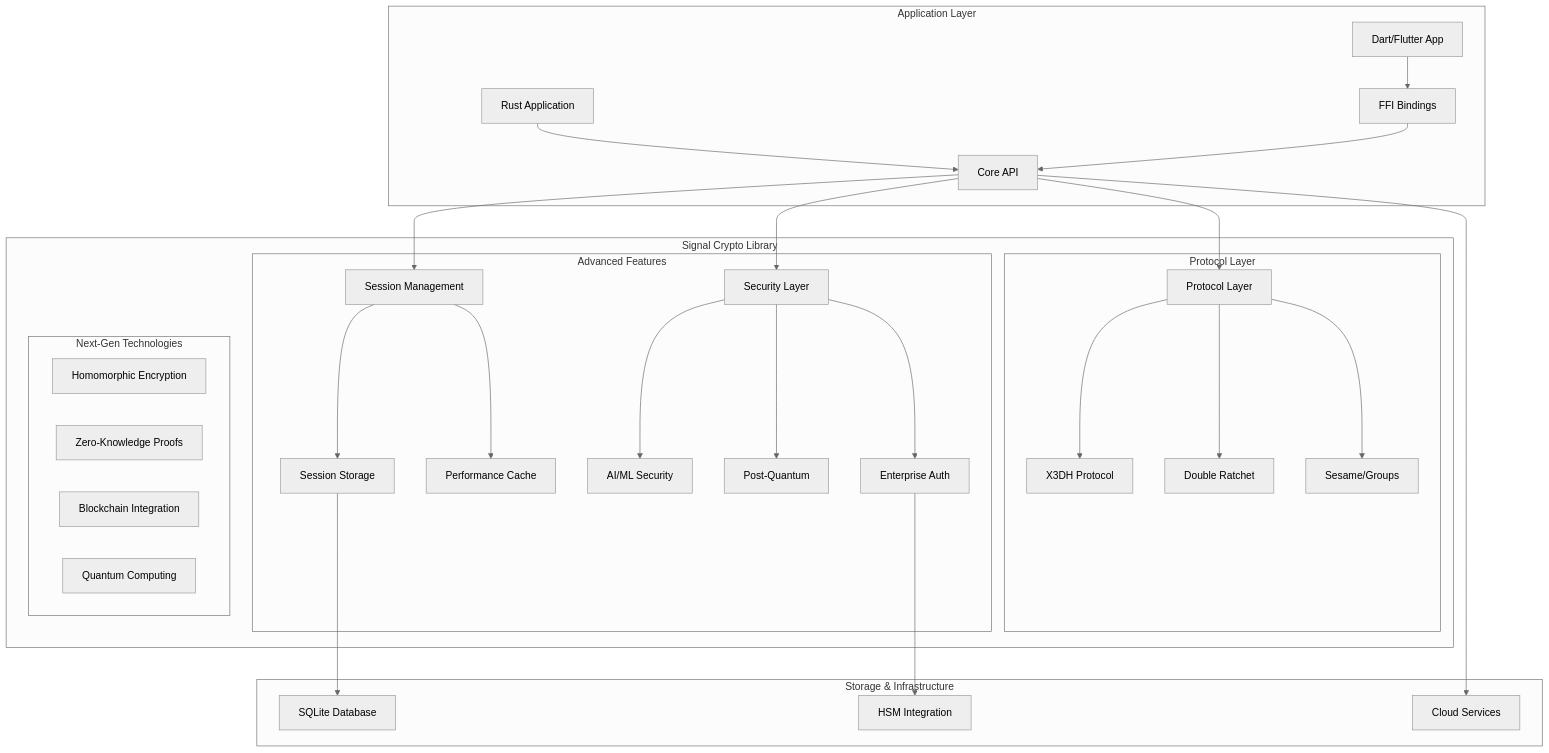
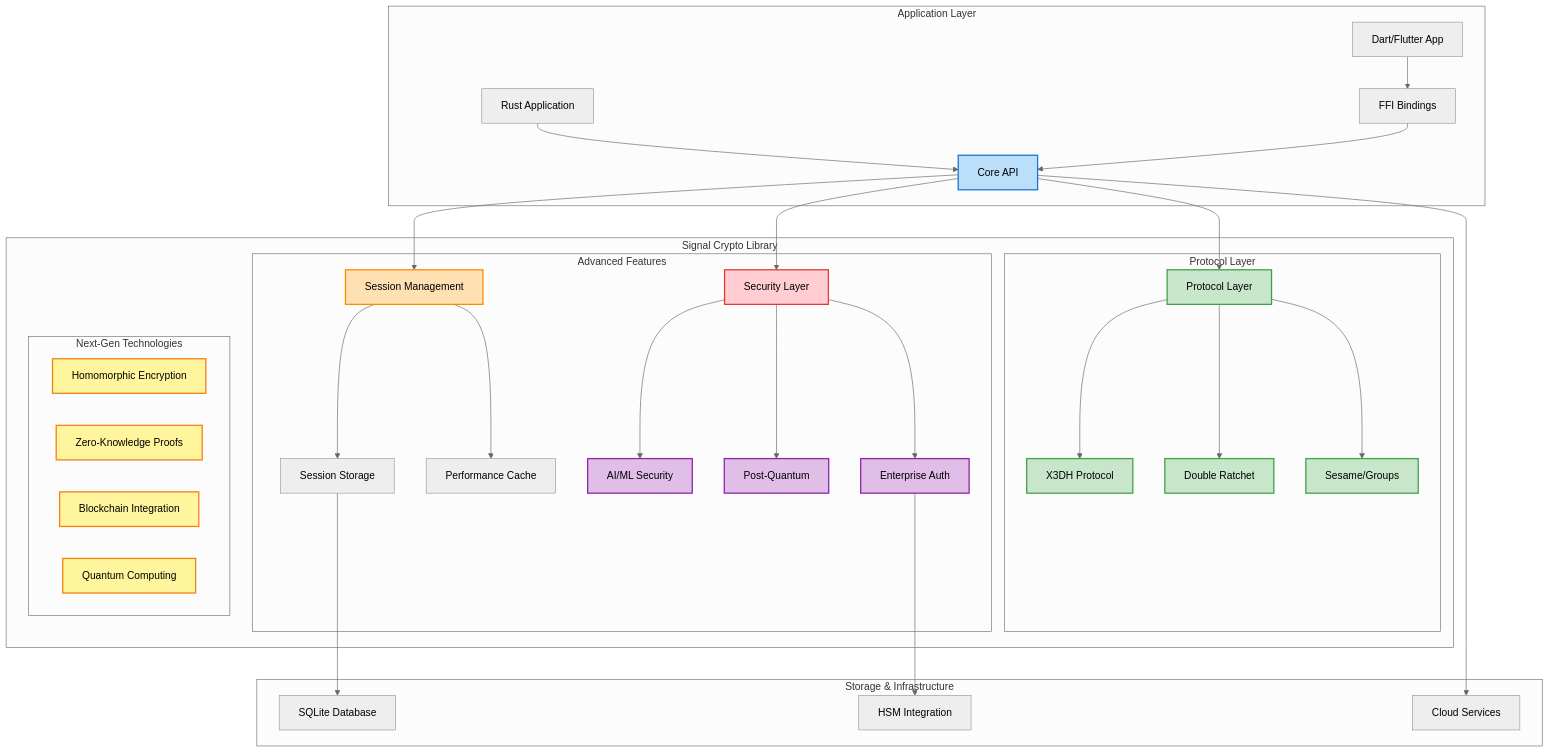
One commit to prabhatg/signal_crypto_lib changed the first of 3 diagrams in docs/developer_guide.md. Above: the diagram before and after it, drawn with Mermaid (neutral theme). The commit also changed other lines of this file and 1 other file, not shown here.

Commit message:
Documentation diagram updates

````diff
--- a/docs/developer_guide.md
+++ b/docs/developer_guide.md
@@ -46,45 +46,60 @@
 ```mermaid
 graph TB
     subgraph "Application Layer"
         A[Dart/Flutter App] --> B[FFI Bindings]
         C[Rust Application] --> D[Core API]
     end
     
     subgraph "Signal Crypto Library"
         B --> D
         D --> E[Protocol Layer]
         D --> F[Session Management]
         D --> G[Security Layer]
         
         subgraph "Protocol Layer"
             E --> H[X3DH Protocol]
             E --> I[Double Ratchet]
             E --> J[Sesame/Groups]
         end
         
         subgraph "Advanced Features"
             F --> K[Session Storage]
             F --> L[Performance Cache]
             G --> M[AI/ML Security]
             G --> N[Post-Quantum]
             G --> O[Enterprise Auth]
         end
         
         subgraph "Next-Gen Technologies"
             P[Homomorphic Encryption]
             Q[Zero-Knowledge Proofs]
             R[Blockchain Integration]
             S[Quantum Computing]
         end
     end
     
     subgraph "Storage & Infrastructure"
         T[SQLite Database]
         U[HSM Integration]
         V[Cloud Services]
     end
     
     K --> T
     O --> U
     D --> V
+    
+    style D fill:#bbdefb,stroke:#1976d2,stroke-width:2px,color:#000
+    style E fill:#c8e6c9,stroke:#43a047,stroke-width:2px,color:#000
+    style F fill:#ffe0b2,stroke:#fb8c00,stroke-width:2px,color:#000
+    style G fill:#ffcdd2,stroke:#e53935,stroke-width:2px,color:#000
+    style H fill:#c8e6c9,stroke:#43a047,stroke-width:2px,color:#000
+    style I fill:#c8e6c9,stroke:#43a047,stroke-width:2px,color:#000
+    style J fill:#c8e6c9,stroke:#43a047,stroke-width:2px,color:#000
+    style M fill:#e1bee7,stroke:#8e24aa,stroke-width:2px,color:#000
+    style N fill:#e1bee7,stroke:#8e24aa,stroke-width:2px,color:#000
+    style O fill:#e1bee7,stroke:#8e24aa,stroke-width:2px,color:#000
+    style P fill:#fff59d,stroke:#f57f17,stroke-width:2px,color:#000
+    style Q fill:#fff59d,stroke:#f57f17,stroke-width:2px,color:#000
+    style R fill:#fff59d,stroke:#f57f17,stroke-width:2px,color:#000
+    style S fill:#fff59d,stroke:#f57f17,stroke-width:2px,color:#000
 ```
````
